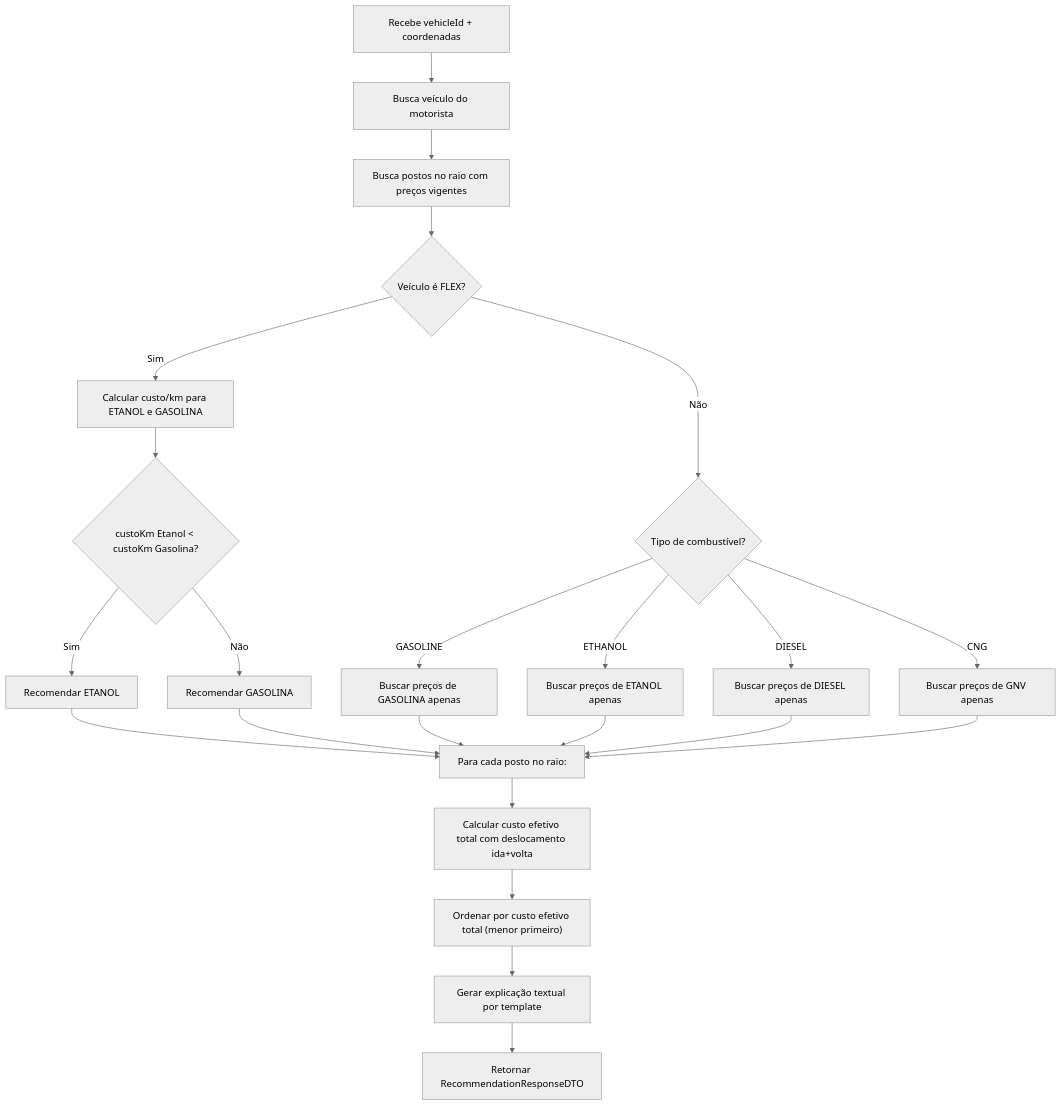
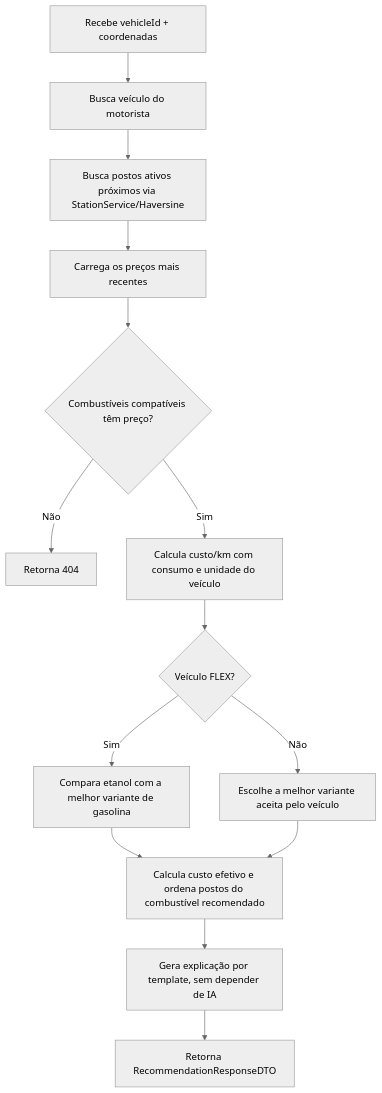
Before and after one commit to fuguharawillian/FuelFinder-: the diagram in Plano/07-recomendacoes.md, drawn with Mermaid (neutral theme). The commit also changed other lines of this file and 201 other files, not shown here.

````diff
--- a/Plano/07-recomendacoes.md
+++ b/Plano/07-recomendacoes.md
@@ -35,29 +35,16 @@
 ```mermaid
 flowchart TD
     A["Recebe vehicleId + coordenadas"] --> B["Busca veículo do motorista"]
-    B --> C["Busca postos no raio com preços vigentes"]
-    C --> D{"Veículo é FLEX?"}
-
-    D -- Sim --> E["Calcular custo/km para ETANOL e GASOLINA"]
-    E --> F{"custoKm Etanol < custoKm Gasolina?"}
-    F -- Sim --> G["Recomendar ETANOL"]
-    F -- Não --> H["Recomendar GASOLINA"]
-
-    D -- Não --> I{"Tipo de combustível?"}
-    I -- "GASOLINE" --> J["Buscar preços de GASOLINA apenas"]
-    I -- "ETHANOL" --> K["Buscar preços de ETANOL apenas"]
-    I -- "DIESEL" --> L["Buscar preços de DIESEL apenas"]
-    I -- "CNG" --> M["Buscar preços de GNV apenas"]
-
-    G --> N["Para cada posto no raio:"]
-    H --> N
-    J --> N
-    K --> N
-    L --> N
-    M --> N
-
-    N --> O["Calcular custo efetivo total com deslocamento ida+volta"]
-    O --> P["Ordenar por custo efetivo total (menor primeiro)"]
-    P --> Q["Gerar explicação textual por template"]
-    Q --> R["Retornar RecommendationResponseDTO"]
+    B --> C["Busca postos ativos próximos via StationService/Haversine"]
+    C --> D["Carrega os preços mais recentes"]
+    D --> E{"Combustíveis compatíveis têm preço?"}
+    E -- Não --> X["Retorna 404"]
+    E -- Sim --> F["Calcula custo/km com consumo e unidade do veículo"]
+    F --> G{"Veículo FLEX?"}
+    G -- Sim --> H["Compara etanol com a melhor variante de gasolina"]
+    G -- Não --> I["Escolhe a melhor variante aceita pelo veículo"]
+    H --> J["Calcula custo efetivo e ordena postos do combustível recomendado"]
+    I --> J
+    J --> K["Gera explicação por template, sem depender de IA"]
+    K --> L["Retorna RecommendationResponseDTO"]
 ```
````
